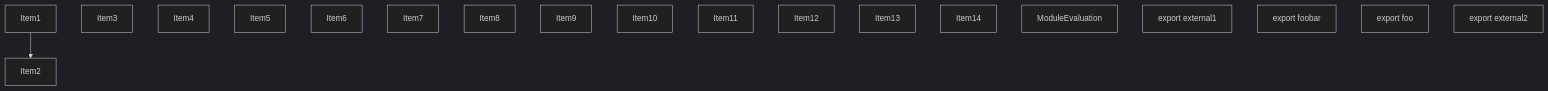
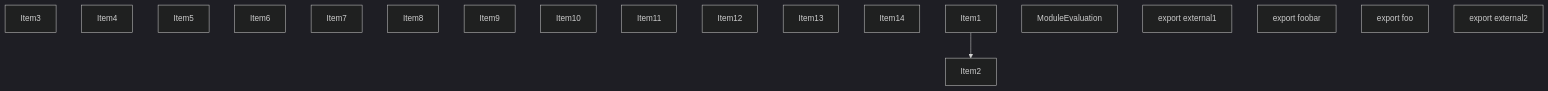
The first of 4 diagrams in crates/turbopack-ecmascript/tests/tree-shaker/analyzer/2/output.md (vercel/turborepo), drawn with Mermaid (dark theme) before and after one commit. The commit also changed other lines of this file and 3 other files, not shown here.

````diff
--- a/crates/turbopack-ecmascript/tests/tree-shaker/analyzer/2/output.md
+++ b/crates/turbopack-ecmascript/tests/tree-shaker/analyzer/2/output.md
@@ -149,28 +149,28 @@
 ```mermaid
 graph TD
-    Item1;
+    Item3;
     Item2;
-    Item3;
     Item4;
     Item5;
     Item6;
     Item7;
     Item8;
     Item9;
     Item10;
     Item11;
     Item12;
     Item13;
     Item14;
+    Item1;
     Item15;
     Item15["ModuleEvaluation"];
     Item16;
     Item16["export external1"];
     Item17;
     Item17["export foobar"];
     Item18;
     Item18["export foo"];
     Item19;
     Item19["export external2"];
     Item1 --> Item2;
 ```
````
